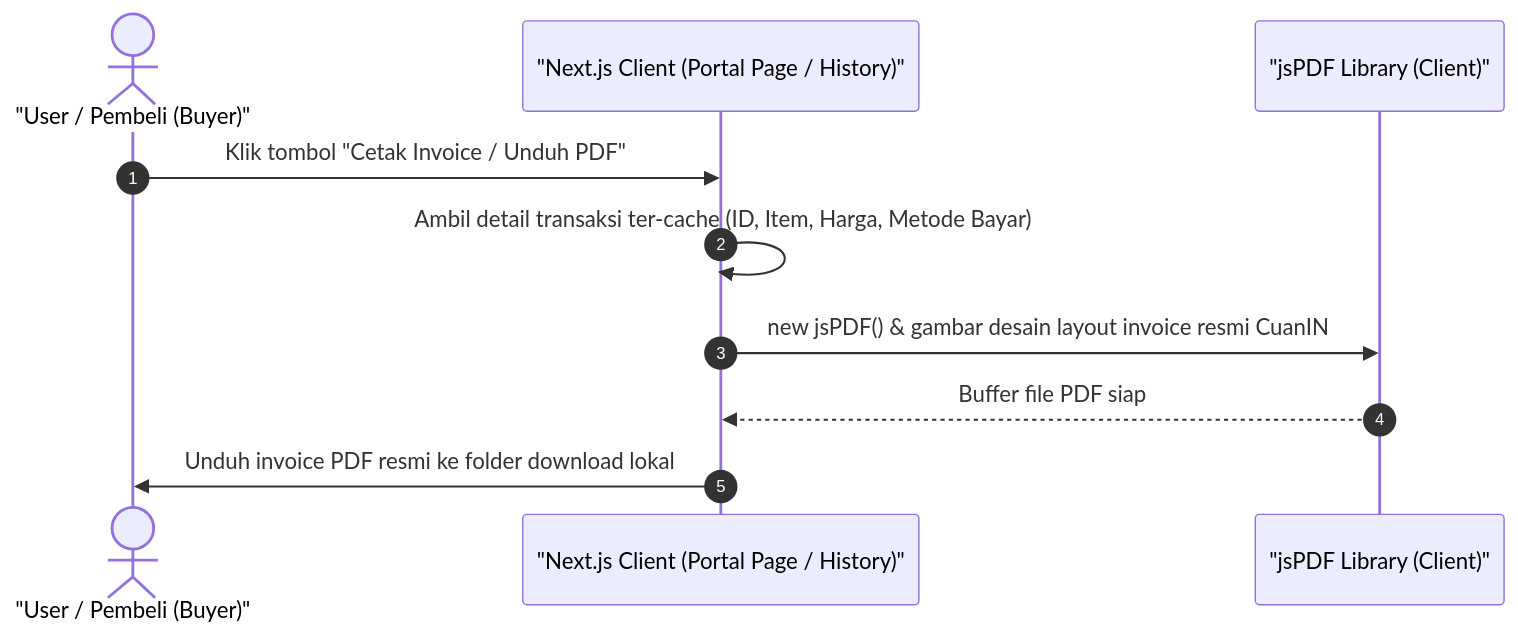
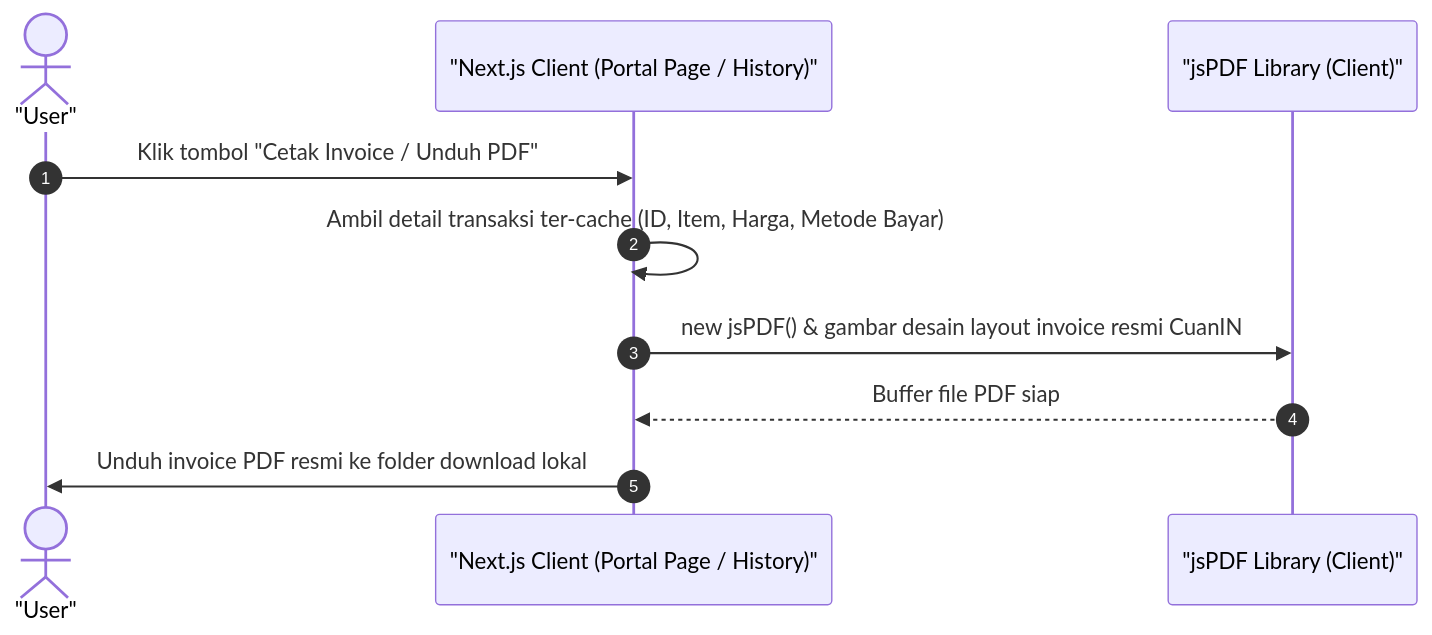
The diagram in docs/51-buyer-invoice-print.md (luputer/CuanIN), drawn with Mermaid before and after one commit. The commit also changed other lines of this file and 53 other files, not shown here.

````diff
--- a/docs/51-buyer-invoice-print.md
+++ b/docs/51-buyer-invoice-print.md
@@ -5,14 +5,14 @@
 ```mermaid
 sequenceDiagram
     autonumber
-    actor Buyer as "User / Pembeli (Buyer)"
+    actor User as "User"
     participant Client as "Next.js Client (Portal Page / History)"
     participant jsPDF as "jsPDF Library (Client)"
 
-    Buyer->>Client: Klik tombol "Cetak Invoice / Unduh PDF"
+    User->>Client: Klik tombol "Cetak Invoice / Unduh PDF"
     Client->>Client: Ambil detail transaksi ter-cache (ID, Item, Harga, Metode Bayar)
     Client->>jsPDF: new jsPDF() & gambar desain layout invoice resmi CuanIN
     jsPDF-->>Client: Buffer file PDF siap
-    Client->>Buyer: Unduh invoice PDF resmi ke folder download lokal
+    Client->>User: Unduh invoice PDF resmi ke folder download lokal
 
 ```
````
